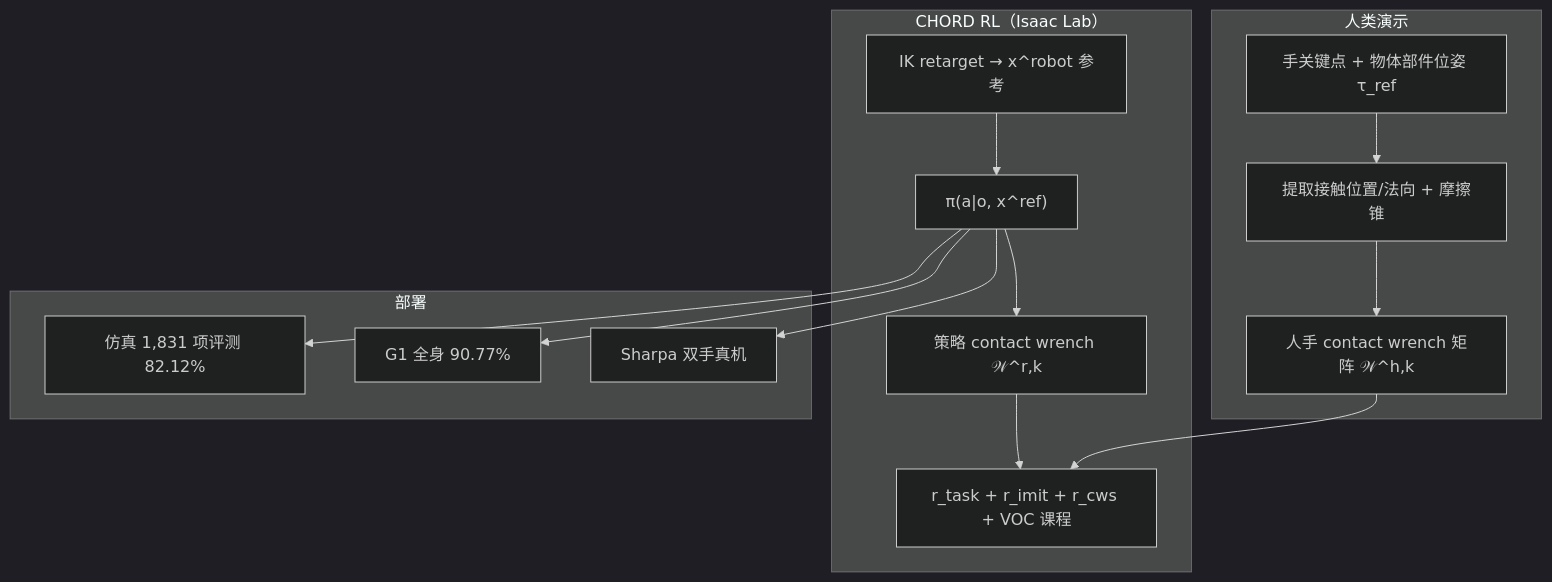
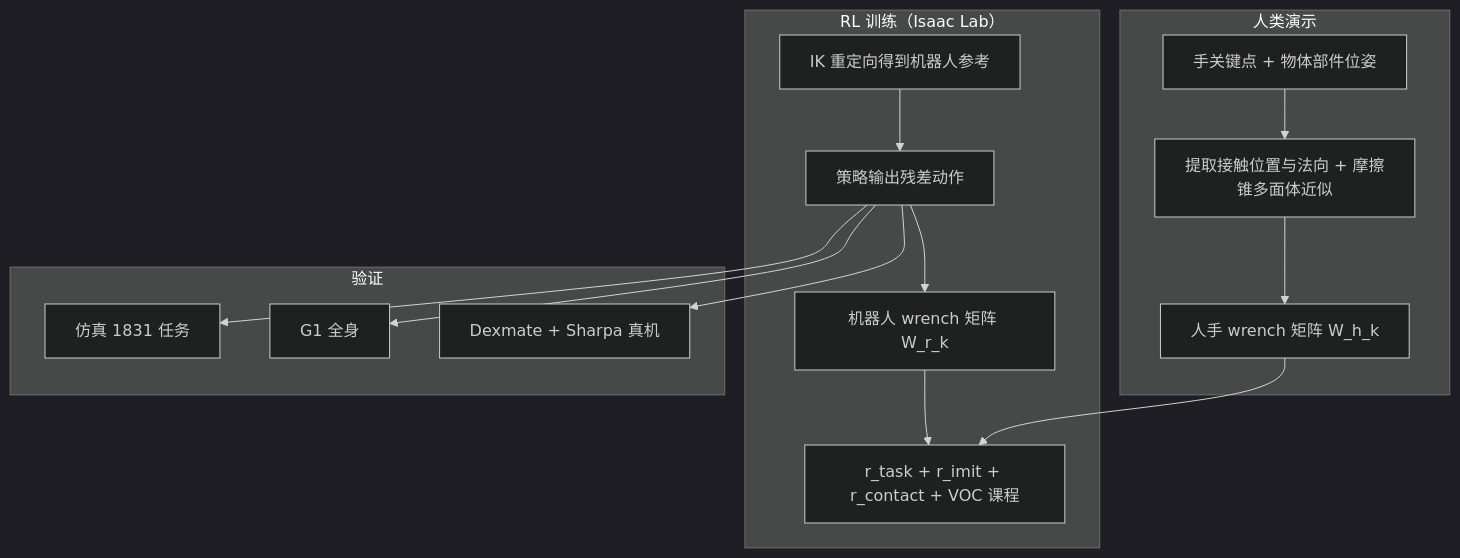
Before and after one commit to ImChong/Robotics_Notebooks: the diagram in wiki/entities/paper-chord-contact-wrench-dexterous-manipulation.md, drawn with Mermaid (dark theme). The commit also changed other lines of this file and 196 other files, not shown here.

````diff
--- a/wiki/entities/paper-chord-contact-wrench-dexterous-manipulation.md
+++ b/wiki/entities/paper-chord-contact-wrench-dexterous-manipulation.md
@@ -52,27 +61,25 @@
 ```mermaid
 flowchart TB
   subgraph demo ["人类演示"]
-    human["手关键点 + 物体部件位姿 τ_ref"]
-    contacts["提取接触位置/法向 + 摩擦锥"]
-    wrench_h["人手 contact wrench 矩阵 𝒲^h,k"]
+    human["手关键点 + 物体部件位姿"]
+    contacts["提取接触位置与法向 + 摩擦锥多面体近似"]
+    wrench_h["人手 wrench 矩阵 W_h_k"]
     human --> contacts --> wrench_h
   end
-
-  subgraph train ["CHORD RL（Isaac Lab）"]
-    ik["IK retarget → x^robot 参考"]
-    policy["π(a|o, x^ref)"]
-    wrench_r["策略 contact wrench 𝒲^r,k"]
-    reward["r_task + r_imit + r_cws + VOC 课程"]
+  subgraph train ["RL 训练（Isaac Lab）"]
+    ik["IK 重定向得到机器人参考"]
+    policy["策略输出残差动作"]
+    wrench_r["机器人 wrench 矩阵 W_r_k"]
+    reward["r_task + r_imit + r_contact + VOC 课程"]
     ik --> policy --> wrench_r --> reward
     wrench_h --> reward
   end
-
-  subgraph deploy ["部署"]
-    sim["仿真 1,831 项评测 82.12%"]
-    whole["G1 全身 90.77%"]
-    real["Sharpa 双手真机"]
+  subgraph out ["验证"]
+    sim["仿真 1831 任务"]
+    whole["G1 全身"]
+    real["Dexmate + Sharpa 真机"]
     policy --> sim
     policy --> whole
     policy --> real
   end
 ```
````
